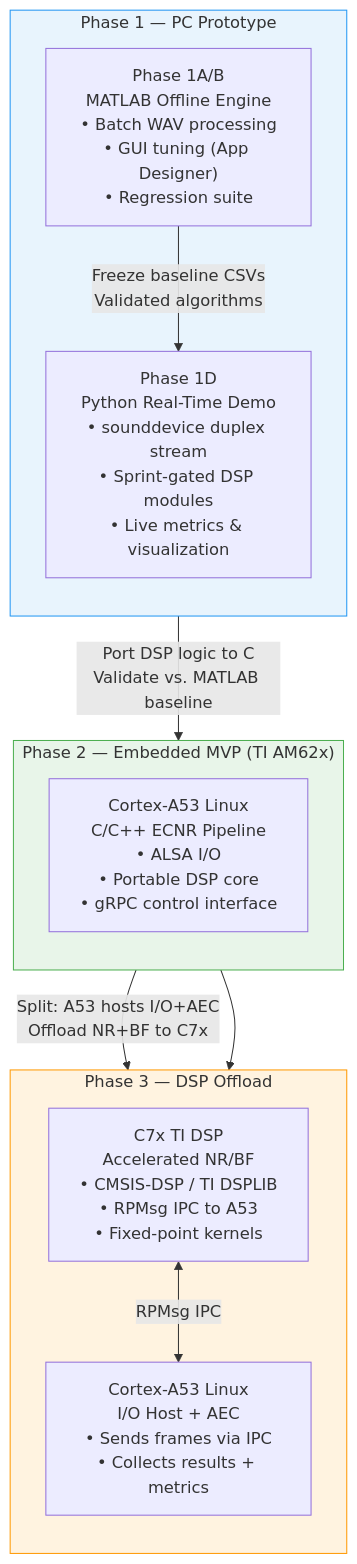
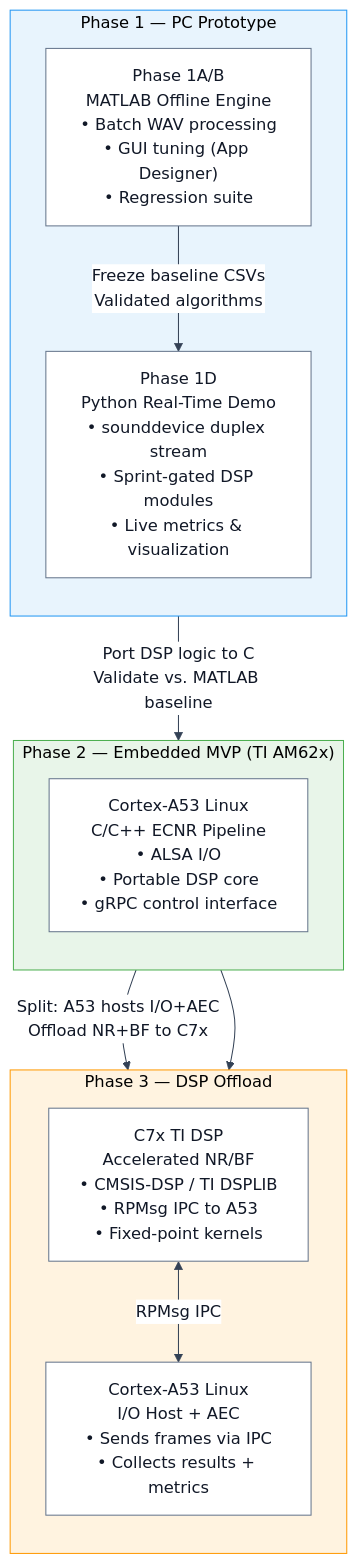
Before and after one commit to Tzvikafr/ECNR-Perp: the first of 8 diagrams in docs/ARCHITECTURE_DIAGRAMS.md, drawn with Mermaid. The commit also changed other lines of this file and 28 other files, not shown here.

````diff
--- a/docs/ARCHITECTURE_DIAGRAMS.md
+++ b/docs/ARCHITECTURE_DIAGRAMS.md
@@ -11,29 +11,30 @@
 ```mermaid
+%%{init: {"theme": "base", "themeVariables": {"background": "#ffffff", "primaryColor": "#ffffff", "primaryTextColor": "#111827", "primaryBorderColor": "#64748b", "lineColor": "#334155", "textColor": "#111827", "clusterBkg": "#f8fafc", "clusterBorder": "#94a3b8", "edgeLabelBackground": "#ffffff"}}}%%
 graph TB
     subgraph P1["Phase 1 — PC Prototype"]
         direction TB
         P1A["Phase 1A/B\nMATLAB Offline Engine\n• Batch WAV processing\n• GUI tuning (App Designer)\n• Regression suite"]
         P1D["Phase 1D\nPython Real-Time Demo\n• sounddevice duplex stream\n• Sprint-gated DSP modules\n• Live metrics & visualization"]
         P1A -->|Freeze baseline CSVs\nValidated algorithms| P1D
     end
 
     subgraph P2["Phase 2 — Embedded MVP (TI AM62x)"]
         direction TB
         P2A["Cortex-A53 Linux\nC/C++ ECNR Pipeline\n• ALSA I/O\n• Portable DSP core\n• gRPC control interface"]
     end
 
     subgraph P3["Phase 3 — DSP Offload"]
         direction TB
         P3A["C7x TI DSP\nAccelerated NR/BF\n• CMSIS-DSP / TI DSPLIB\n• RPMsg IPC to A53\n• Fixed-point kernels"]
         P3B["Cortex-A53 Linux\nI/O Host + AEC\n• Sends frames via IPC\n• Collects results + metrics"]
         P3A <-->|RPMsg IPC| P3B
     end
 
     P1D -->|Port DSP logic to C\nValidate vs. MATLAB baseline| P2A
     P2A -->|Split: A53 hosts I/O+AEC\nOffload NR+BF to C7x| P3A
     P2A --> P3B
 
     style P1 fill:#e8f4fd,stroke:#2196F3
     style P2 fill:#e8f5e9,stroke:#4CAF50
     style P3 fill:#fff3e0,stroke:#FF9800
 ```
````
